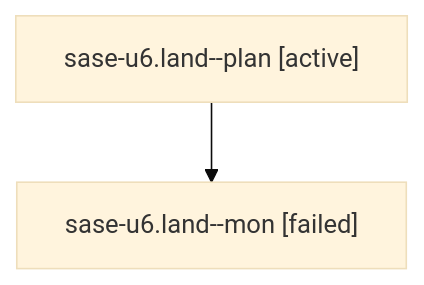
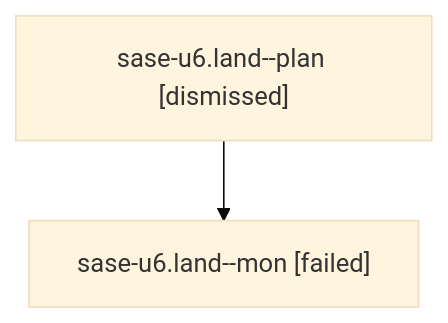
The diagram in sessions/bbugyi200.athena.sase-u6.land.md (sase-org/sase--agents), drawn with Mermaid (base theme) before and after one commit. The commit also changed other lines of this file and 262 other files, not shown here.

````diff
--- a/sessions/bbugyi200.athena.sase-u6.land.md
+++ b/sessions/bbugyi200.athena.sase-u6.land.md
@@ -9,6 +9,6 @@
 ```mermaid
 flowchart TD
-  n0["sase-u6.land--plan [active]"]
+  n0["sase-u6.land--plan [dismissed]"]
   n1["sase-u6.land--mon [failed]"]
   n0 --> n1
 ```
````
